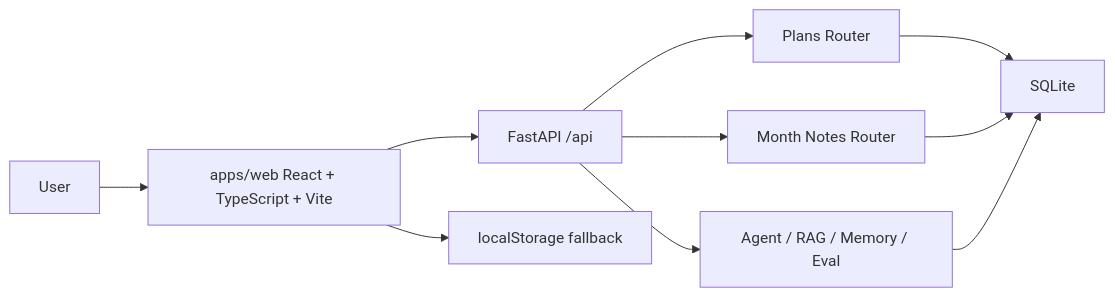
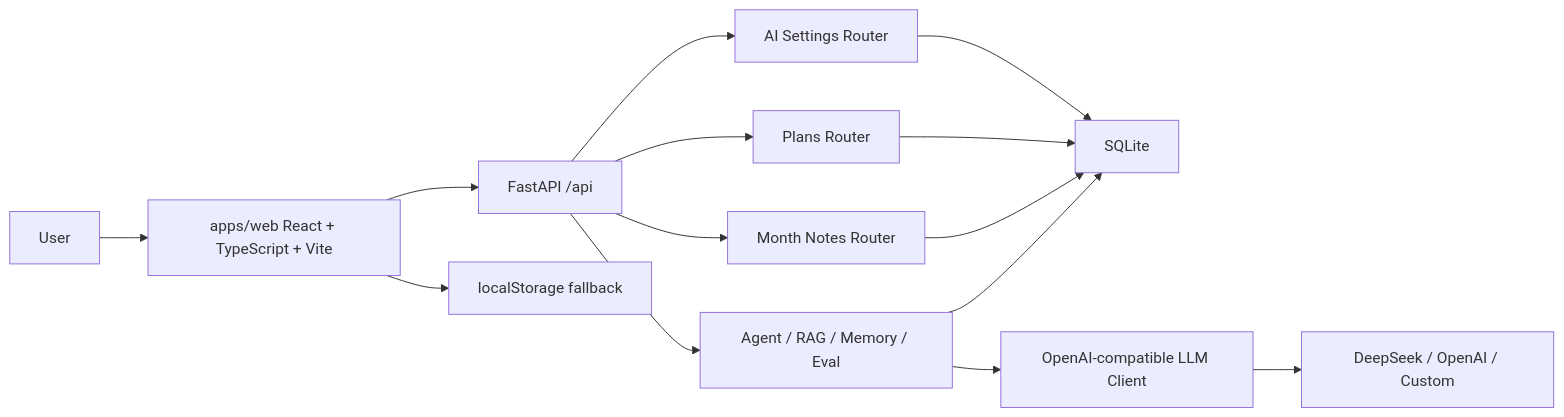
One commit to ab2956955606-cmyk/MyNotes changed the diagram in README.md. Above: the diagram before and after it, drawn with Mermaid. The commit also changed other lines of this file and 17 other files, not shown here.

Commit message:
feat: add configurable LLM settings

````diff
--- a/README.md
+++ b/README.md
@@ -63,12 +65,16 @@
 ```mermaid
 flowchart LR
   U["User"] --> FE["apps/web React + TypeScript + Vite"]
   FE --> API["FastAPI /api"]
   FE --> LS["localStorage fallback"]
   API --> PLAN["Plans Router"]
   API --> NOTE["Month Notes Router"]
+  API --> SET["AI Settings Router"]
   API --> AI["Agent / RAG / Memory / Eval"]
-  PLAN --> DB["SQLite"]
+  SET --> DB["SQLite"]
+  PLAN --> DB
   NOTE --> DB
+  AI --> LLM["OpenAI-compatible LLM Client"]
+  LLM --> PROVIDER["DeepSeek / OpenAI / Custom"]
   AI --> DB
 ```
````
